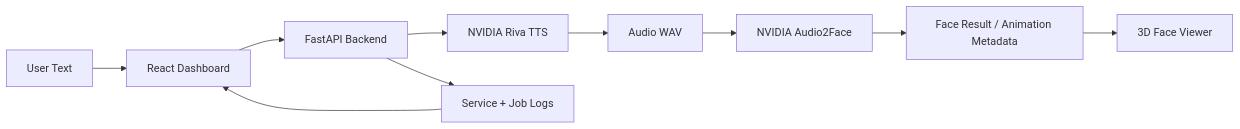
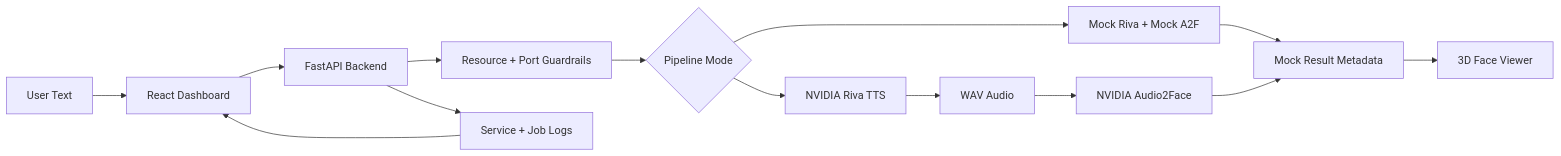
The diagram in README.md (ambrouse/NVIDIARiva-Audio2Face-facespeed), drawn with Mermaid before and after one commit. The commit also changed other lines of this file and 33 other files, not shown here.

First line of the commit message:
Harden safe NVIDIA pipeline setup

````diff
--- a/README.md
+++ b/README.md
@@ -31,12 +32,16 @@
 ```mermaid
 flowchart LR
   User[User Text] --> Web[React Dashboard]
   Web --> API[FastAPI Backend]
-  API --> Riva[NVIDIA Riva TTS]
-  Riva --> Audio[Audio WAV]
+  API --> Guard[Resource + Port Guardrails]
+  Guard --> Mode{Pipeline Mode}
+  Mode --> Mock[Mock Riva + Mock A2F]
+  Mode --> Riva[NVIDIA Riva TTS]
+  Riva --> Audio[WAV Audio]
   Audio --> A2F[NVIDIA Audio2Face]
-  A2F --> Result[Face Result / Animation Metadata]
+  Mock --> Result[Mock Result Metadata]
+  A2F --> Result
   Result --> Viewer[3D Face Viewer]
   API --> Logs[Service + Job Logs]
   Logs --> Web
 ```
````
